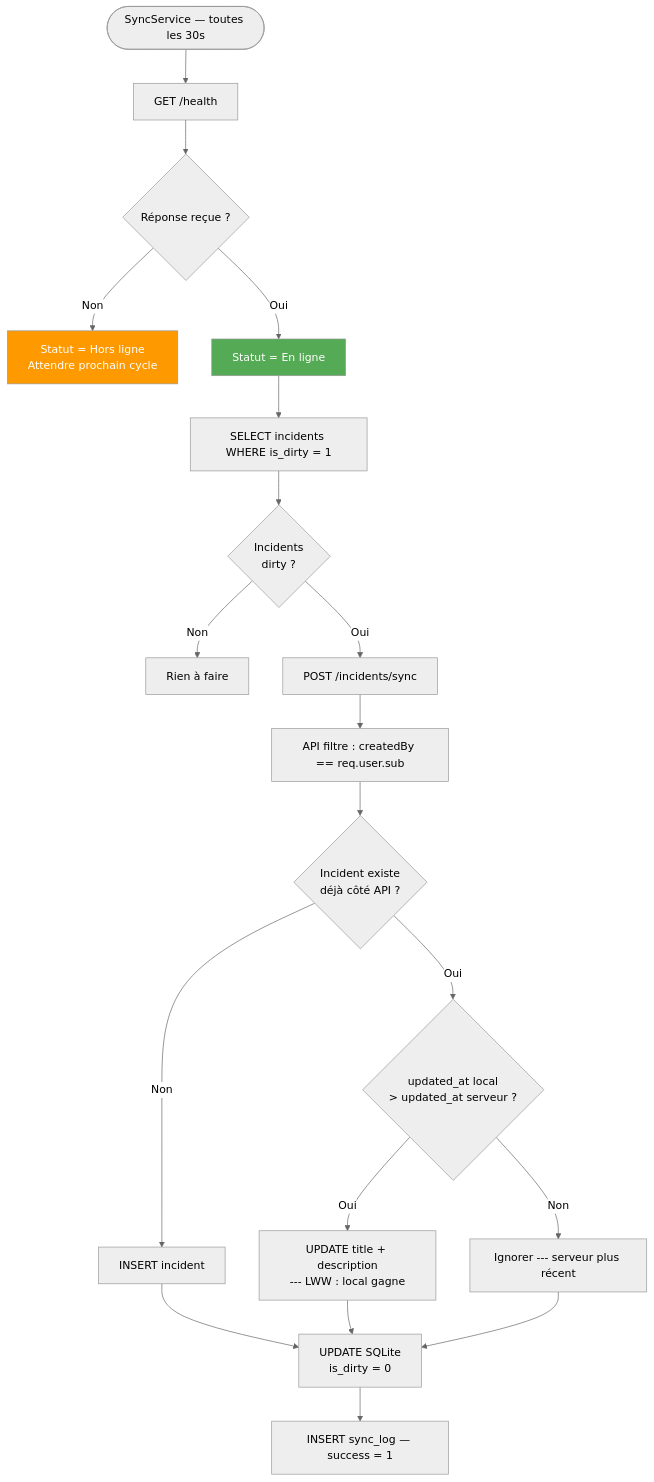
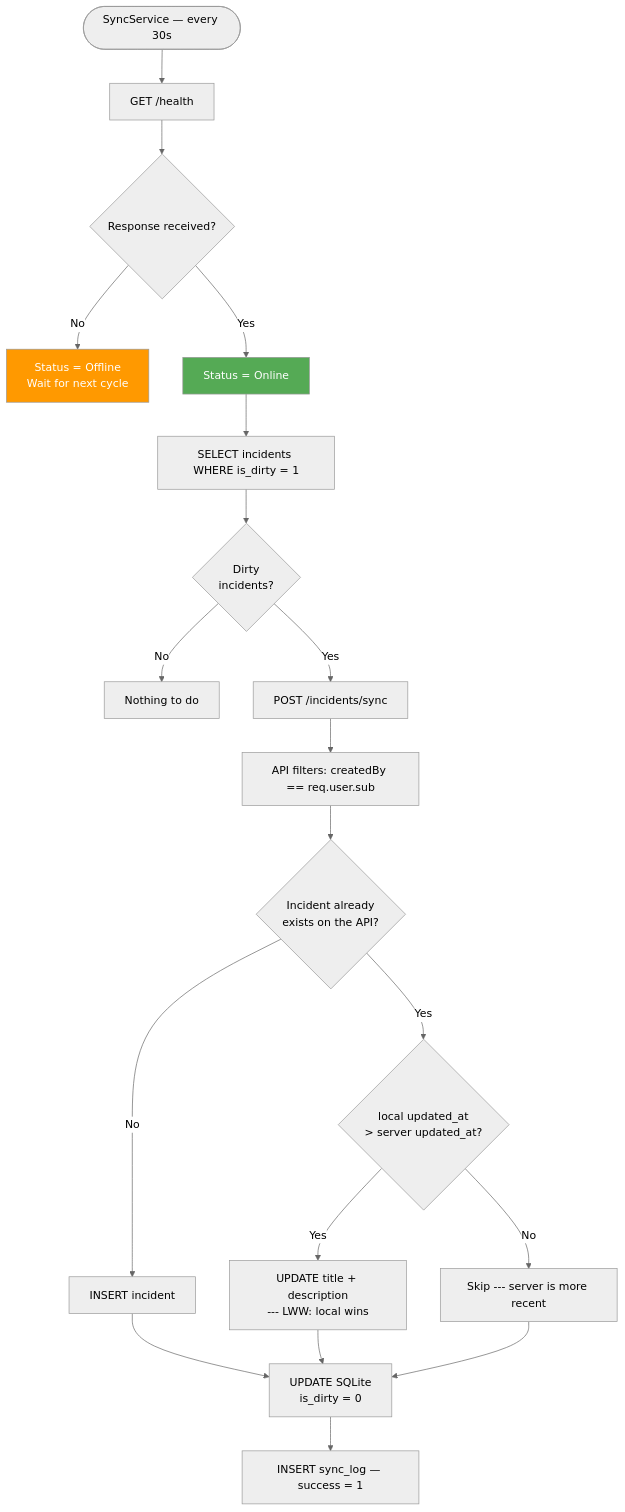
Before and after one commit to creibaud/QuartierConnect: diagram 18 of 23 in docs/RAPPORT-ETAPE2.md, drawn with Mermaid (neutral theme). The commit also changed other lines of this file and 155 other files, not shown here.

````diff
--- a/docs/RAPPORT-ETAPE2.md
+++ b/docs/RAPPORT-ETAPE2.md
@@ -688,24 +688,24 @@
 ```mermaid
 flowchart TD
-    A([SyncService — toutes les 30s]) --> B[GET /health]
-    B --> C{Réponse reçue ?}
-    C -- Non --> D[Statut = Hors ligne\nAttendre prochain cycle]
-    C -- Oui --> E[Statut = En ligne]
+    A([SyncService — every 30s]) --> B[GET /health]
+    B --> C{Response received?}
+    C -- No --> D[Status = Offline\nWait for next cycle]
+    C -- Yes --> E[Status = Online]
     E --> F[SELECT incidents WHERE is_dirty = 1]
-    F --> G{Incidents\ndirty ?}
-    G -- Non --> H[Rien à faire]
-    G -- Oui --> I[POST /incidents/sync]
-    I --> J[API filtre : createdBy == req.user.sub]
-    J --> K{Incident existe\ndéjà côté API ?}
-    K -- Non --> L[INSERT incident]
-    K -- Oui --> M{updated_at local\n> updated_at serveur ?}
-    M -- Oui --> N[UPDATE title + description\n--- LWW : local gagne]
-    M -- Non --> O[Ignorer --- serveur plus récent]
+    F --> G{Dirty\nincidents?}
+    G -- No --> H[Nothing to do]
+    G -- Yes --> I[POST /incidents/sync]
+    I --> J[API filters: createdBy == req.user.sub]
+    J --> K{Incident already\nexists on the API?}
+    K -- No --> L[INSERT incident]
+    K -- Yes --> M{local updated_at\n> server updated_at?}
+    M -- Yes --> N[UPDATE title + description\n--- LWW: local wins]
+    M -- No --> O[Skip --- server is more recent]
     L --> P[UPDATE SQLite\nis_dirty = 0]
     N --> P
     O --> P
     P --> Q[INSERT sync_log — success = 1]
 
     style D fill:#f90,color:#fff
     style E fill:#5a5,color:#fff
 ```
````
